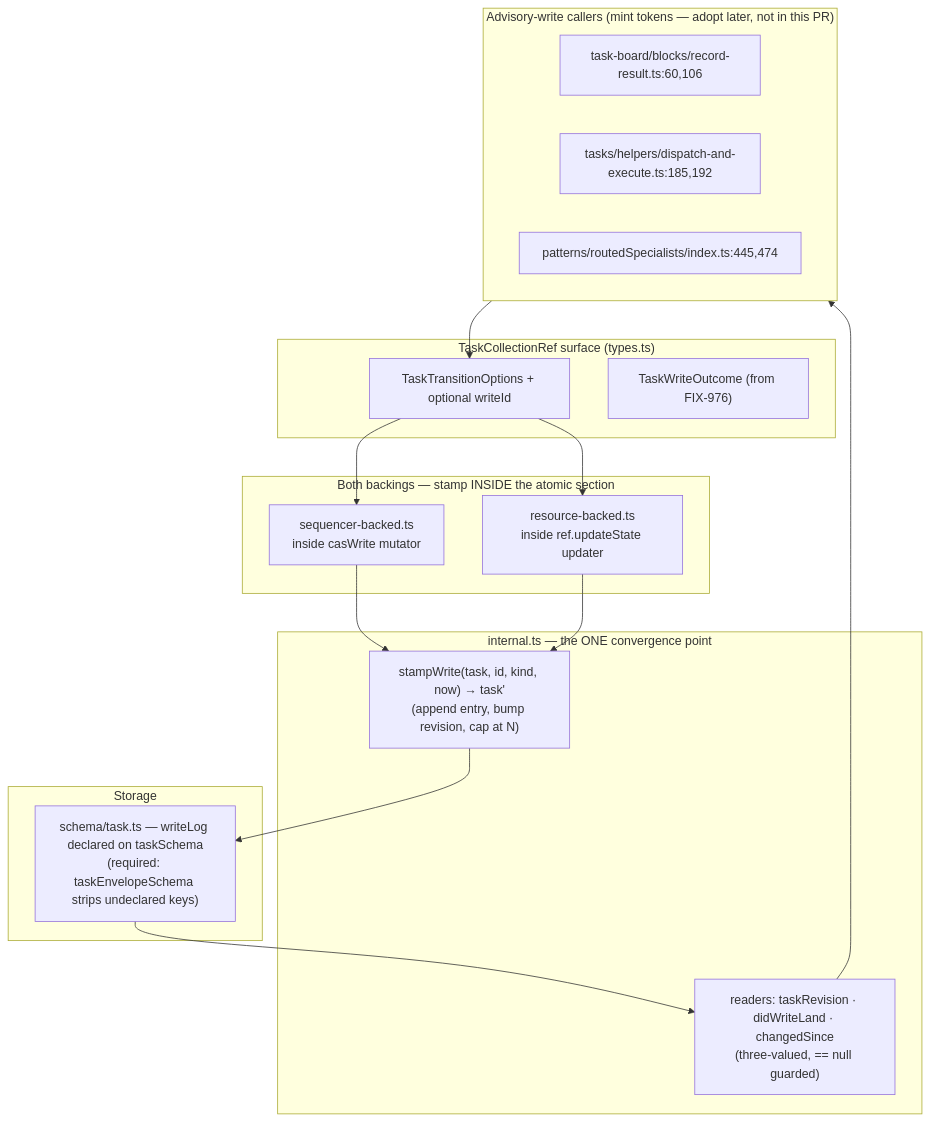
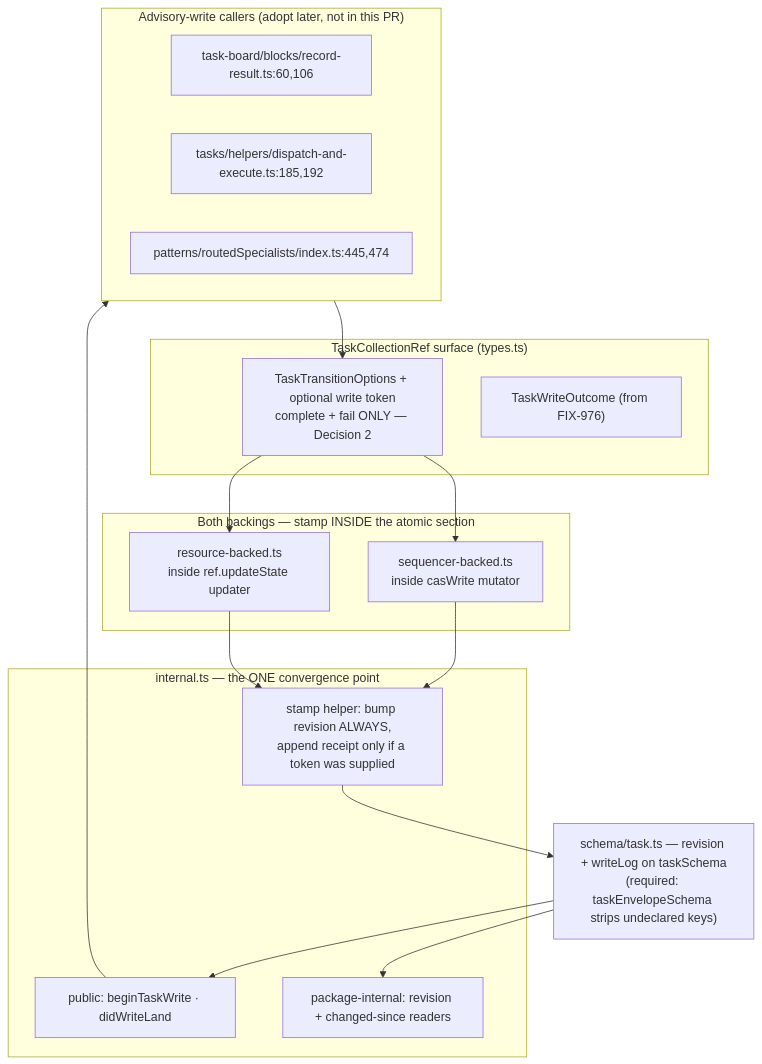
One commit to fixpoint-labs/flow-state-dev changed the first of 2 diagrams in docs/specs/FIX-989.md. Above: the diagram before and after it, drawn with Mermaid. The commit also changed other lines of this file, not shown here.

````diff
--- a/docs/specs/FIX-989.md
+++ b/docs/specs/FIX-989.md
@@ -358,34 +425,33 @@
 ```mermaid
 flowchart TB
-  subgraph callers["Advisory-write callers (mint tokens — adopt later, not in this PR)"]
+  subgraph callers["Advisory-write callers (adopt later, not in this PR)"]
     RR["task-board/blocks/record-result.ts:60,106"]
     DE["tasks/helpers/dispatch-and-execute.ts:185,192"]
     RS["patterns/routedSpecialists/index.ts:445,474"]
   end
 
   subgraph ref["TaskCollectionRef surface (types.ts)"]
-    OPT["TaskTransitionOptions + optional writeId"]
+    OPT["TaskTransitionOptions + optional write token<br/>complete + fail ONLY — Decision 2"]
     OUT["TaskWriteOutcome (from FIX-976)"]
   end
 
   subgraph internal["internal.ts — the ONE convergence point"]
-    STAMP["stampWrite(task, id, kind, now) → task'\n(append entry, bump revision, cap at N)"]
-    READ["readers: taskRevision · didWriteLand · changedSince\n(three-valued, == null guarded)"]
+    STAMP["stamp helper: bump revision ALWAYS,<br/>append receipt only if a token was supplied"]
+    PUB["public: beginTaskWrite · didWriteLand"]
+    INT["package-internal: revision + changed-since readers"]
   end
 
   subgraph backings["Both backings — stamp INSIDE the atomic section"]
-    SEQ["sequencer-backed.ts\ninside casWrite mutator"]
-    RES["resource-backed.ts\ninside ref.updateState updater"]
+    SEQ["sequencer-backed.ts<br/>inside casWrite mutator"]
+    RES["resource-backed.ts<br/>inside ref.updateState updater"]
   end
 
-  subgraph storage["Storage"]
-    SCH["schema/task.ts — writeLog declared on taskSchema\n(required: taskEnvelopeSchema strips undeclared keys)"]
-  end
+  SCH["schema/task.ts — revision + writeLog on taskSchema<br/>(required: taskEnvelopeSchema strips undeclared keys)"]
 
   callers --> OPT
   OPT --> SEQ & RES
   SEQ & RES --> STAMP
   STAMP --> SCH
-  SCH --> READ
-  READ --> callers
+  SCH --> PUB & INT
+  PUB --> callers
 ```
````
